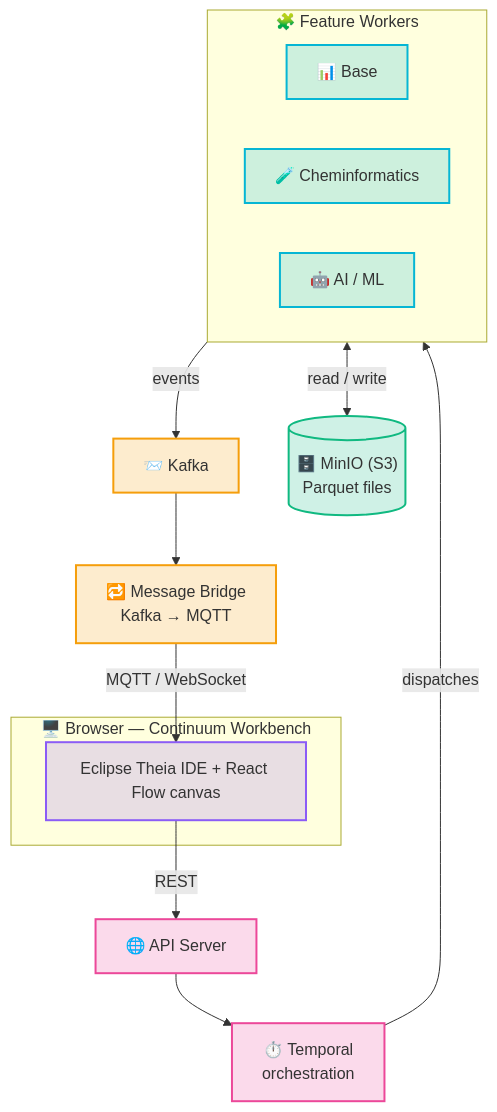
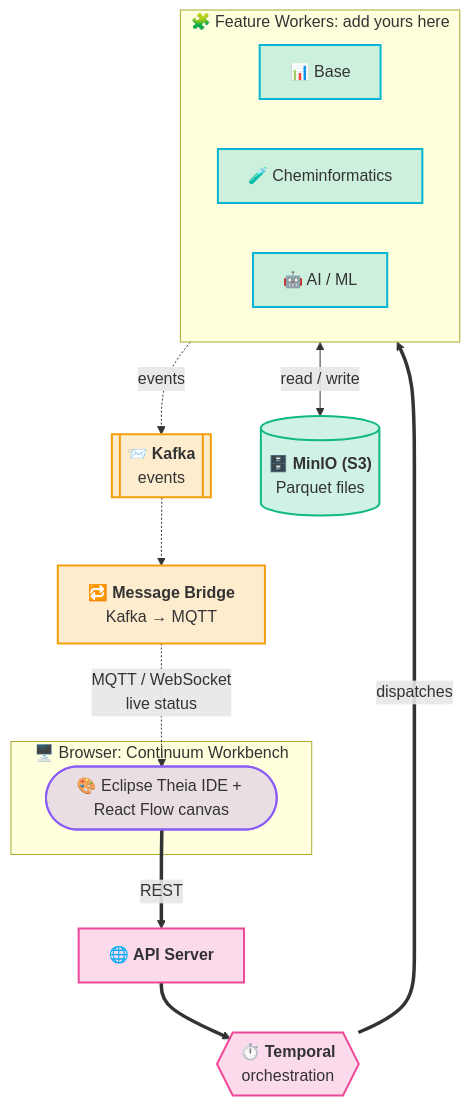
One commit to projectcontinuum-org/continuum-docs changed the first of 2 diagrams in docs/architecture/overview.md. Above: the diagram before and after it, drawn with Mermaid. The commit also changed other lines of this file and 49 other files, not shown here.

First line of the commit message:
CONTNM-137: Update docs to use template for creating new feature workers (#7)

````diff
--- a/docs/architecture/overview.md
+++ b/docs/architecture/overview.md
@@ -10,39 +10,40 @@
 ```mermaid
 flowchart TB
-  subgraph Browser["🖥️ Browser — Continuum Workbench"]
-    UI["Eclipse Theia IDE + React Flow canvas"]
+  subgraph Browser["🖥️ Browser: Continuum Workbench"]
+    UI(["🎨 Eclipse Theia IDE + React Flow canvas"])
   end
 
-  API["🌐 API Server"]
-  Bridge["🔁 Message Bridge<br/>Kafka → MQTT"]
-  Temporal["⏱️ Temporal<br/>orchestration"]
-  Kafka["📨 Kafka"]
+  API["🌐 <b>API Server</b>"]
+  Temporal{{"⏱️ <b>Temporal</b><br/>orchestration"}}
+  Bridge["🔁 <b>Message Bridge</b><br/>Kafka → MQTT"]
+  Kafka[["📨 <b>Kafka</b><br/>events"]]
 
-  subgraph Workers["🧩 Feature Workers"]
+  subgraph Workers["🧩 Feature Workers: add yours here"]
     direction LR
     Base["📊 Base"]
     Chem["🧪 Cheminformatics"]
     AI["🤖 AI / ML"]
   end
 
-  MinIO[("🗄️ MinIO (S3)<br/>Parquet files")]
+  MinIO[("🗄️ <b>MinIO (S3)</b><br/>Parquet files")]
 
-  UI -->|REST| API
-  Bridge -->|MQTT / WebSocket| UI
-  API --> Temporal
-  Temporal -->|dispatches| Workers
-  Workers -->|events| Kafka
-  Kafka --> Bridge
-  Workers <-->|read / write| MinIO
+  UI ==>|"REST"| API
+  Bridge -.->|"MQTT / WebSocket<br/>live status"| UI
+  API ==> Temporal
+  Temporal ==>|"dispatches"| Workers
+  Workers -.->|"events"| Kafka
+  Kafka -.-> Bridge
+  Workers <-->|"read / write"| MinIO
 
   classDef ui fill:#8b5cf633,stroke:#8b5cf6,stroke-width:2px
   classDef core fill:#ec489933,stroke:#ec4899,stroke-width:2px
   classDef stream fill:#f59e0b33,stroke:#f59e0b,stroke-width:2px
   classDef worker fill:#06b6d433,stroke:#06b6d4,stroke-width:2px
   classDef store fill:#10b98133,stroke:#10b981,stroke-width:2px
+  classDef hero fill:#06b6d433,stroke:#06b6d4,stroke-width:4px,stroke-dasharray:6 3
   class UI ui
   class API,Temporal core
   class Kafka,Bridge stream
   class Base,Chem,AI worker
   class MinIO store
 ```
````
